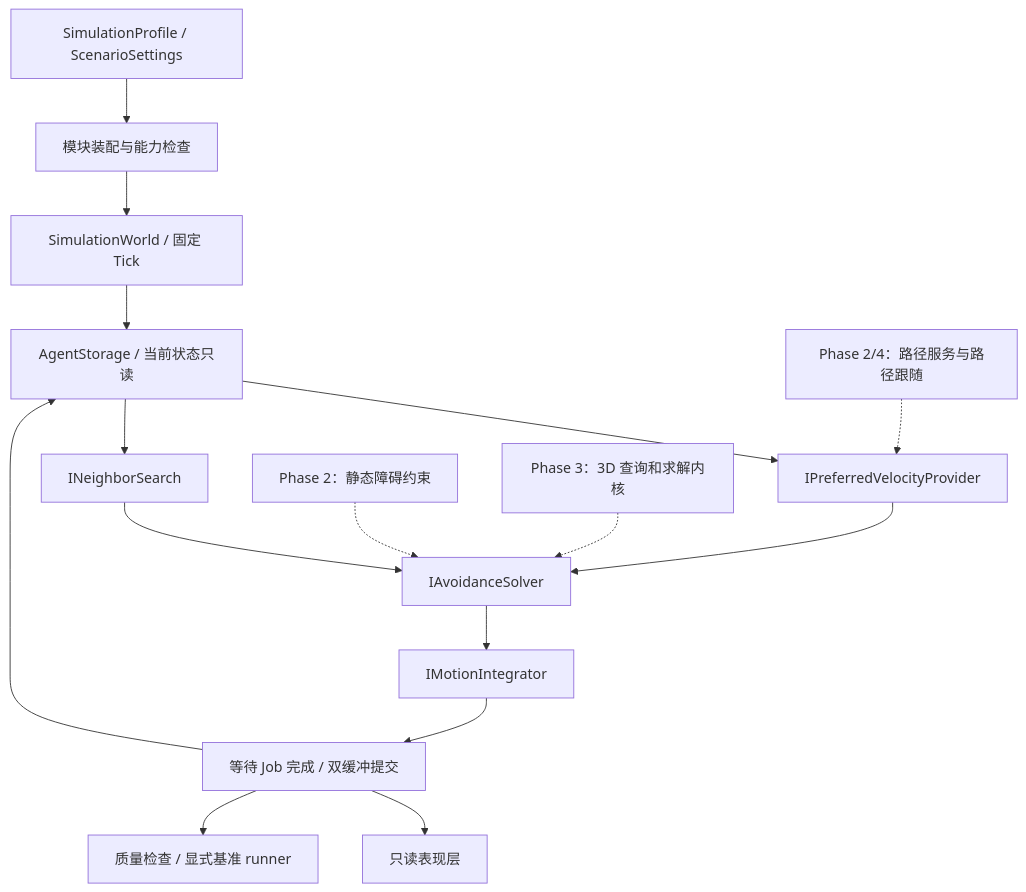
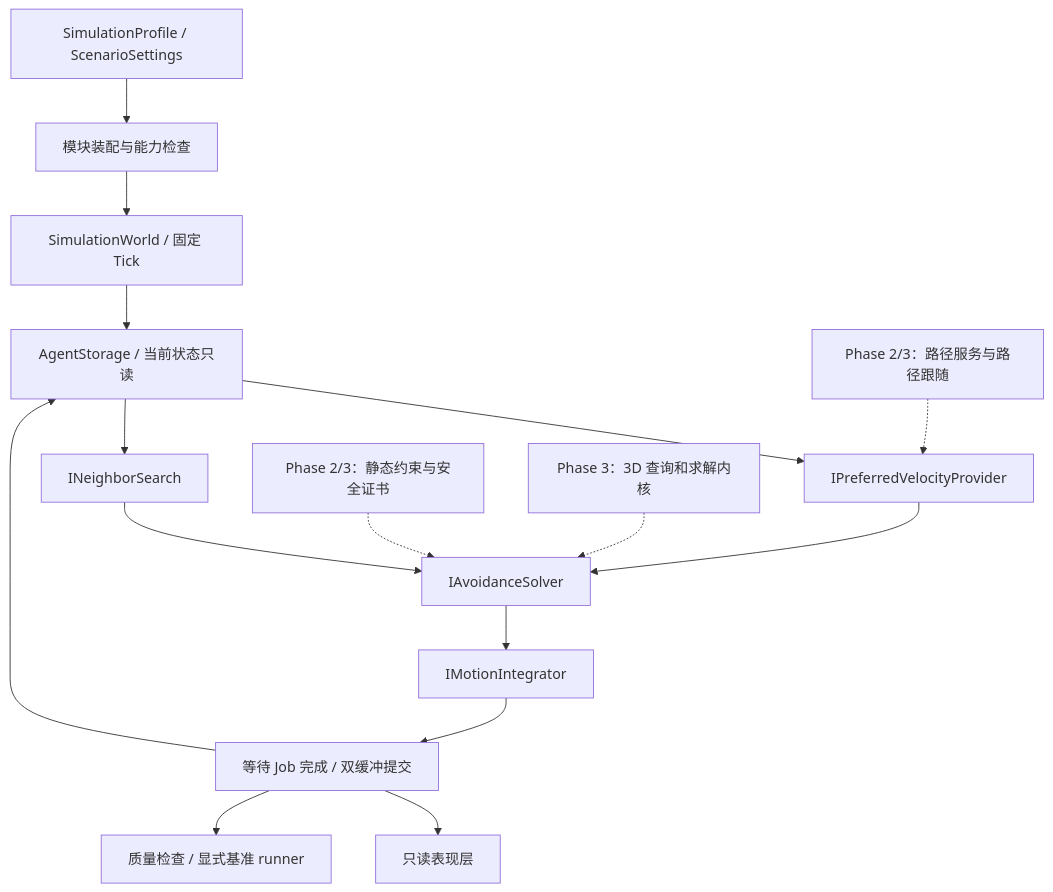
Before and after one commit to liberjellyfish/3D_RVO: the diagram in Documentation/RVO/ARCHITECTURE.md, drawn with Mermaid. The commit also changed other lines of this file and 7 other files, not shown here.

````diff
--- a/Documentation/RVO/ARCHITECTURE.md
+++ b/Documentation/RVO/ARCHITECTURE.md
@@ -17,18 +19,18 @@
 ```mermaid
 flowchart TD
     Profile[SimulationProfile / ScenarioSettings] --> Factory[模块装配与能力检查]
     Factory --> World[SimulationWorld / 固定 Tick]
     World --> State[AgentStorage / 当前状态只读]
     State --> Preferred[IPreferredVelocityProvider]
     State --> Neighbors[INeighborSearch]
     Preferred --> Solver[IAvoidanceSolver]
     Neighbors --> Solver
     Solver --> Integrator[IMotionIntegrator]
     Integrator --> Commit[等待 Job 完成 / 双缓冲提交]
     Commit --> State
     Commit --> Presentation[只读表现层]
     Commit --> Metrics[质量检查 / 显式基准 runner]
-    Path[Phase 2/4：路径服务与路径跟随] -.-> Preferred
-    Static[Phase 2：静态障碍约束] -.-> Solver
+    Path[Phase 2/3：路径服务与路径跟随] -.-> Preferred
+    Static[Phase 2/3：静态约束与安全证书] -.-> Solver
     Space[Phase 3：3D 查询和求解内核] -.-> Solver
 ```
````
